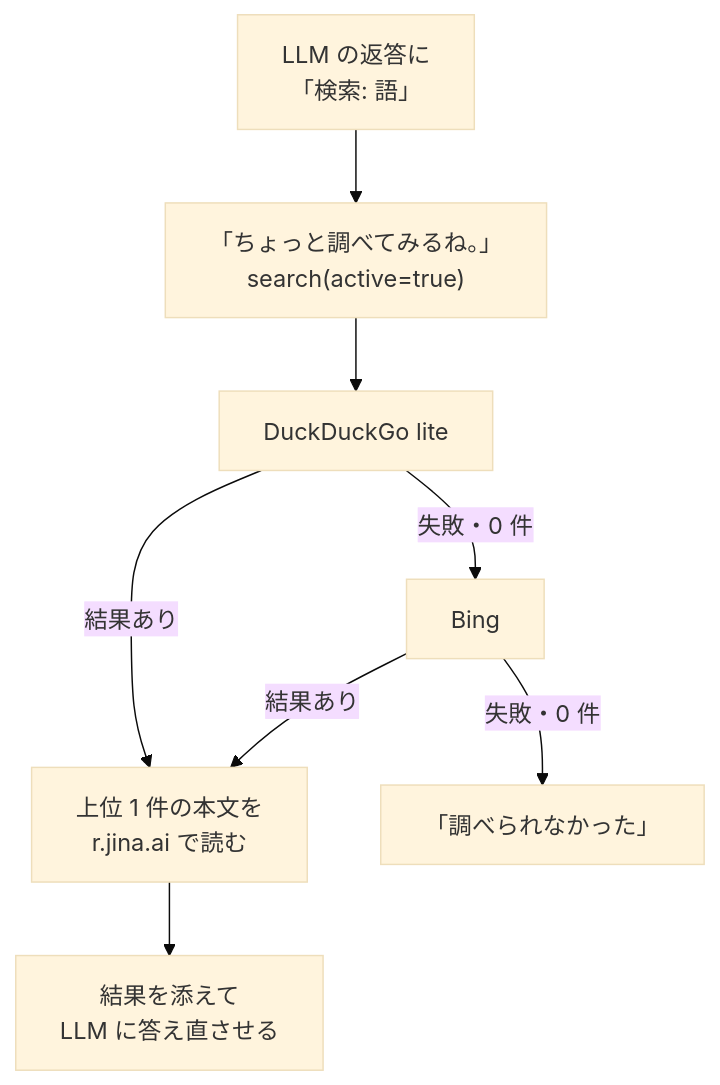
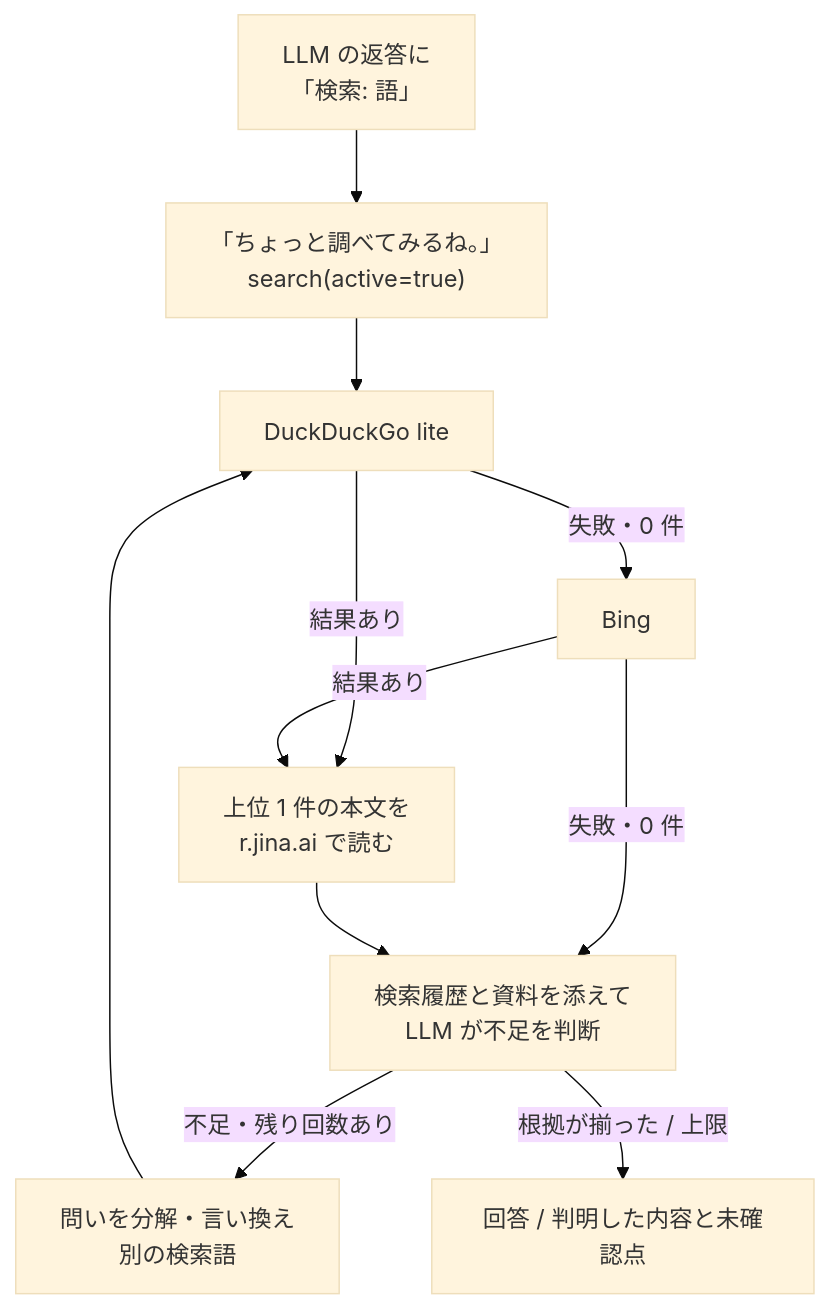
Before and after one commit to toaruR/idle-talk: the seventh of 15 diagrams in docs/specification.md, drawn with Mermaid (base theme). The commit also changed other lines of this file and 5 other files, not shown here.

````diff
--- a/docs/specification.md
+++ b/docs/specification.md
@@ -839,10 +839,13 @@
 ```mermaid
 flowchart TD
   A["LLM の返答に<br/>「検索: 語」"] --> B["「ちょっと調べてみるね。」<br/>search(active=true)"]
   B --> C["DuckDuckGo lite"]
   C -- "失敗・0 件" --> D["Bing"]
   C -- 結果あり --> E["上位 1 件の本文を<br/>r.jina.ai で読む"]
   D -- 結果あり --> E
-  D -- "失敗・0 件" --> X["「調べられなかった」"]
-  E --> F["結果を添えて<br/>LLM に答え直させる"]
+  D -- "失敗・0 件" --> F["検索履歴と資料を添えて<br/>LLM が不足を判断"]
+  E --> F
+  F -- "不足・残り回数あり" --> G["問いを分解・言い換え<br/>別の検索語"]
+  G --> C
+  F -- "根拠が揃った / 上限" --> X["回答 / 判明した内容と未確認点"]
 ```
````
